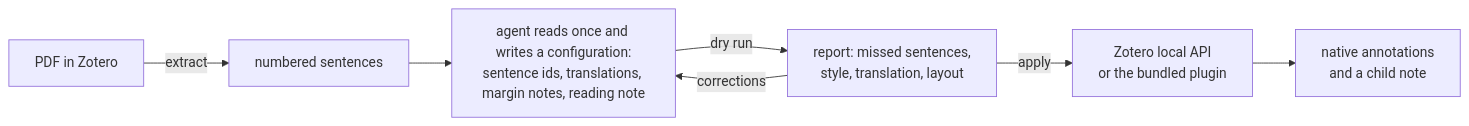
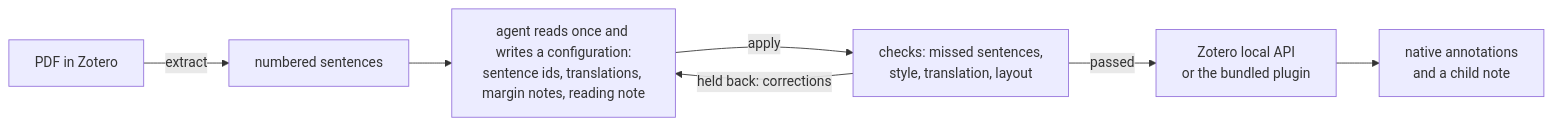
Before and after one commit to weilr/zotero-scholium: the diagram in README.md, drawn with Mermaid. The commit also changed other lines of this file and 3 other files, not shown here.

First line of the commit message:
docs: the README's annotation flow without a separate dry run

````diff
--- a/README.md
+++ b/README.md
@@ -164,9 +164,9 @@
 ```mermaid
 flowchart LR
     A["PDF in Zotero"] -->|extract| B["numbered sentences"]
     B --> C["agent reads once and writes a configuration:<br/>sentence ids, translations, margin notes, reading note"]
-    C -->|dry run| D["report: missed sentences,<br/>style, translation, layout"]
-    D -->|corrections| C
-    D -->|apply| E["Zotero local API<br/>or the bundled plugin"]
+    C -->|apply| D["checks: missed sentences,<br/>style, translation, layout"]
+    D -->|held back: corrections| C
+    D -->|passed| E["Zotero local API<br/>or the bundled plugin"]
     E --> F["native annotations<br/>and a child note"]
 ```
````
